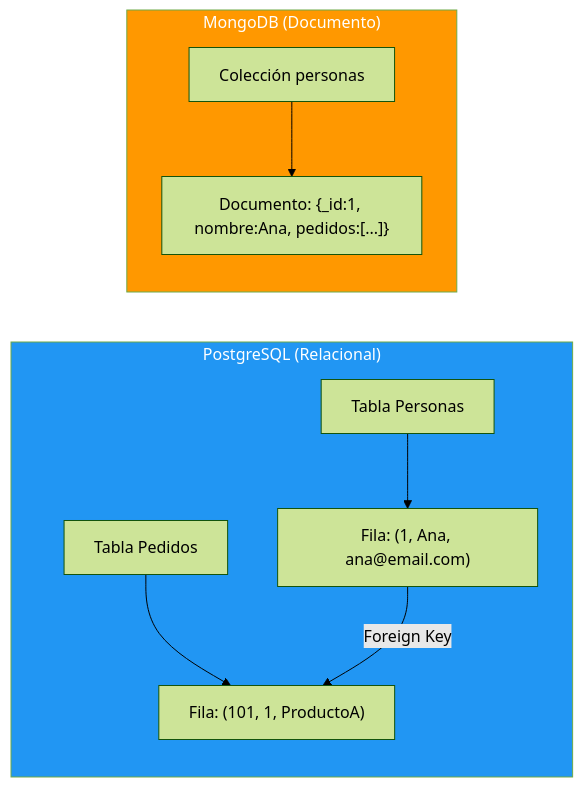
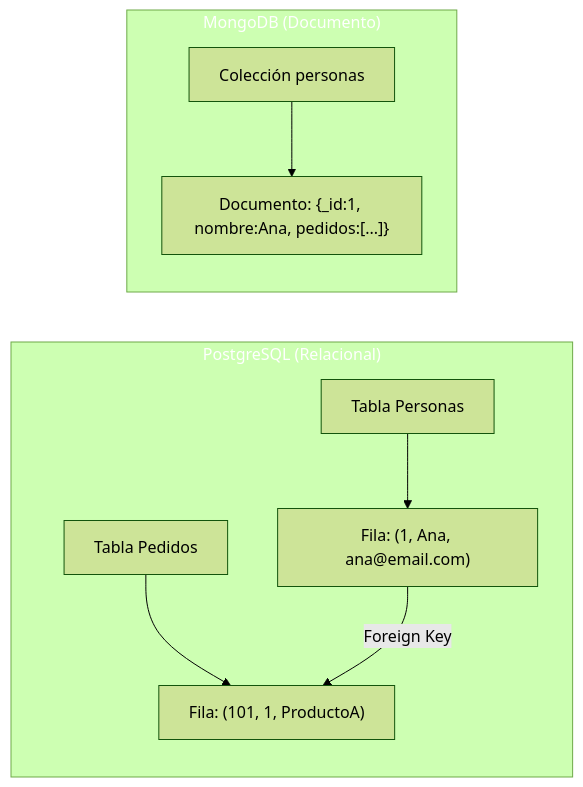
One commit to joseluisgs/DesarrolloWebEntornosServidor-01-2026-2027 changed the tenth of 14 diagrams in 21-sql-nosql.md. Above: the diagram before and after it, drawn with Mermaid (forest theme). The commit also changed other lines of this file and 66 other files, not shown here.

First line of the commit message:
fix: normalizar titulos al castellano de frase y corregir la paleta de mermaid

````diff
--- a/21-sql-nosql.md
+++ b/21-sql-nosql.md
@@ -1328,15 +1328,15 @@
 ```mermaid
 graph LR
     subgraph SQL["PostgreSQL (Relacional)"]
         T1["Tabla Personas"] --> R1["Fila: (1, Ana, ana@email.com)"]
         T2["Tabla Pedidos"] --> R2["Fila: (101, 1, ProductoA)"]
         R1 -->|"Foreign Key"| R2
     end
 
     subgraph NOSQL["MongoDB (Documento)"]
         C1["Colección personas"] --> D1["Documento: {_id:1, nombre:Ana, pedidos:[...]}"]
     end
 
-    style SQL fill:#2196F3,color:#fff
-    style NOSQL fill:#FF9800,color:#fff
+    style SQL fill:#2196F,color:#fff3,color:#fff
+    style NOSQL fill:#FF980,color:#fff0,color:#fff
 ```
````
